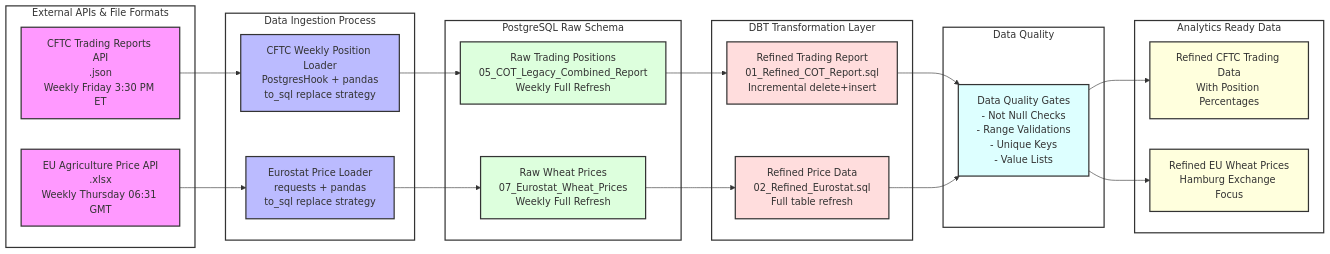
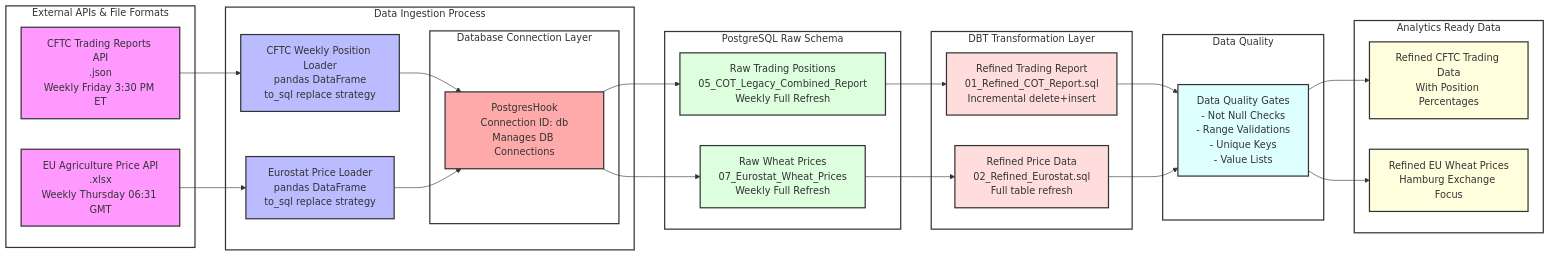
The diagram in README.md (ShubhamDalvi1999/Data-Transformation-using-DBT), drawn with Mermaid before and after one commit.

````diff
--- a/README.md
+++ b/README.md
@@ -55,57 +55,63 @@
 ```mermaid
 graph LR
     subgraph External_APIs[External APIs & File Formats]
         A1[CFTC Trading Reports API<br/>.json<br/>Weekly Friday 3:30 PM ET]
         A2[EU Agriculture Price API<br/>.xlsx<br/>Weekly Thursday 06:31 GMT]
     end
 
     subgraph Ingestion_DAGs[Data Ingestion Process]
-        B1[CFTC Weekly Position Loader<br/>PostgresHook + pandas<br/>to_sql replace strategy]
-        B2[Eurostat Price Loader<br/>requests + pandas<br/>to_sql replace strategy]
+        subgraph Hooks[Database Connection Layer]
+            H[PostgresHook<br/>Connection ID: db<br/>Manages DB Connections]
+        end
+        B1[CFTC Weekly Position Loader<br/>pandas DataFrame<br/>to_sql replace strategy]
+        B2[Eurostat Price Loader<br/>pandas DataFrame<br/>to_sql replace strategy]
     end
 
     subgraph Raw_Storage[PostgreSQL Raw Schema]
         C1[Raw Trading Positions<br/>05_COT_Legacy_Combined_Report<br/>Weekly Full Refresh]
         C2[Raw Wheat Prices<br/>07_Eurostat_Wheat_Prices<br/>Weekly Full Refresh]
     end
 
     subgraph DBT_Transformations[DBT Transformation Layer]
         D1[Refined Trading Report<br/>01_Refined_COT_Report.sql<br/>Incremental delete+insert]
         D2[Refined Price Data<br/>02_Refined_Eurostat.sql<br/>Full table refresh]
     end
 
     subgraph Quality_Checks[Data Quality]
         Q[Data Quality Gates<br/>- Not Null Checks<br/>- Range Validations<br/>- Unique Keys<br/>- Value Lists]
     end
 
     subgraph Final_Result[Analytics Ready Data]
         F1[Refined CFTC Trading Data<br/>With Position Percentages]
         F2[Refined EU Wheat Prices<br/>Hamburg Exchange Focus]
     end
 
     A1 --> B1
     A2 --> B2
-    B1 --> C1
-    B2 --> C2
+    B1 --> H
+    B2 --> H
+    H --> C1
+    H --> C2
     C1 --> D1
     C2 --> D2
     D1 --> Q
     D2 --> Q
     Q --> F1
     Q --> F2
 
     style A1 fill:#f9f,stroke:#333,stroke-width:2px
     style A2 fill:#f9f,stroke:#333,stroke-width:2px
     style B1 fill:#bbf,stroke:#333,stroke-width:2px
     style B2 fill:#bbf,stroke:#333,stroke-width:2px
+    style H fill:#faa,stroke:#333,stroke-width:2px
     style C1 fill:#dfd,stroke:#333,stroke-width:2px
     style C2 fill:#dfd,stroke:#333,stroke-width:2px
     style D1 fill:#fdd,stroke:#333,stroke-width:2px
     style D2 fill:#fdd,stroke:#333,stroke-width:2px
     style Q fill:#dff,stroke:#333,stroke-width:2px
     style F1 fill:#ffd,stroke:#333,stroke-width:2px
     style F2 fill:#ffd,stroke:#333,stroke-width:2px
 
     classDef subgraphStyle fill:#fff,stroke:#333,stroke-width:2px
-    class External_APIs,Ingestion_DAGs,Raw_Storage,DBT_Transformations,Quality_Checks,Final_Result subgraphStyle
+    class External_APIs,Ingestion_DAGs,Raw_Storage,DBT_Transformations,Quality_Checks,Final_Result,Hooks subgraphStyle
 ```
````
